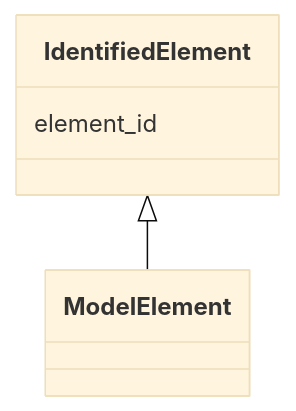
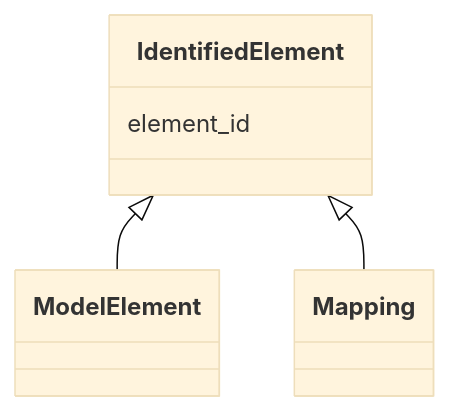
One commit to oista/moex-data-model changed the diagram in generated/artifacts/moex-dams/0.1/diagrams/IdentifiedElement.md. Above: the diagram before and after it, drawn with Mermaid (base theme). The commit also changed 32 other files, not shown here.

Commit message:
feat(dams): Mapping is IdentifiedElement; schema 3.0.0 (ADR-044 PR-6)

````diff
--- a/generated/artifacts/moex-dams/0.1/diagrams/IdentifiedElement.md
+++ b/generated/artifacts/moex-dams/0.1/diagrams/IdentifiedElement.md
@@ -4,11 +4,13 @@
 ```mermaid
  classDiagram
     class IdentifiedElement
     click IdentifiedElement href "../IdentifiedElement"
       IdentifiedElement <|-- ModelElement
         click ModelElement href "../ModelElement"
+      IdentifiedElement <|-- Mapping
+        click Mapping href "../Mapping"
       
       IdentifiedElement : element_id
         
       
 ```
````
